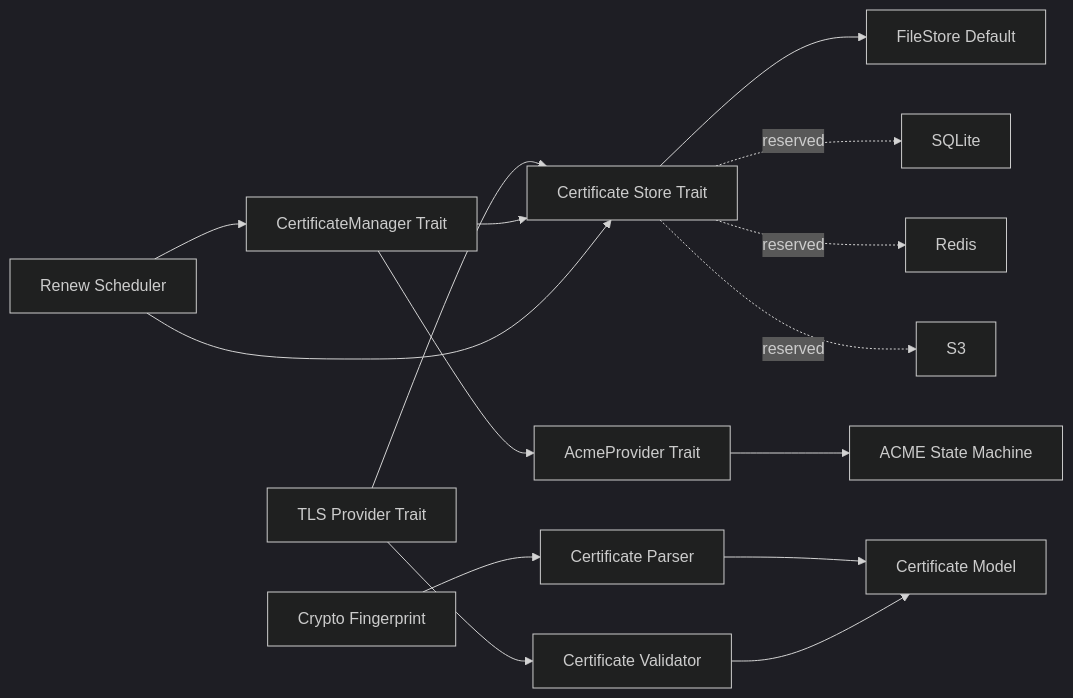
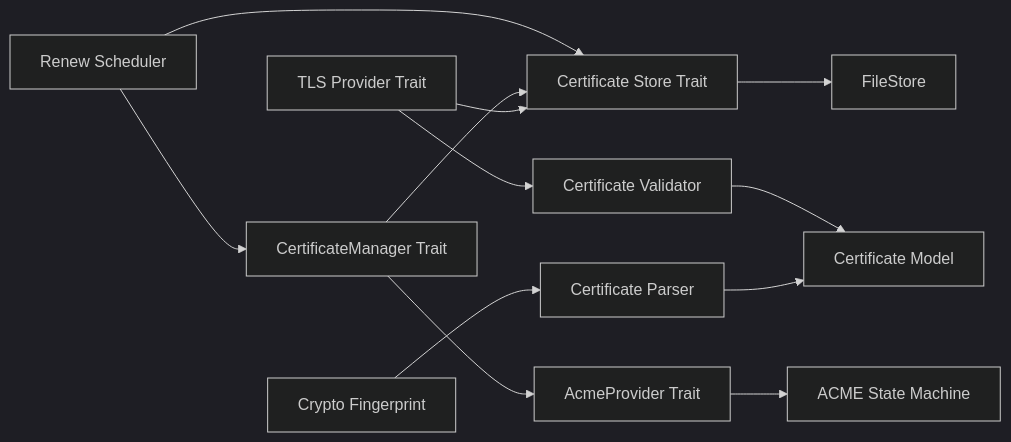
Before and after one commit to Somirk134/Gate: the fourth of 4 diagrams in server/tls/docs/tls_infrastructure.md, drawn with Mermaid (dark theme). The commit also changed other lines of this file and 427 other files, not shown here.

````diff
--- a/server/tls/docs/tls_infrastructure.md
+++ b/server/tls/docs/tls_infrastructure.md
@@ -59,17 +59,14 @@
 ```mermaid
 flowchart LR
     Tls[TLS Provider Trait] --> Store[Certificate Store Trait]
     Tls --> Validator[Certificate Validator]
     Manager[CertificateManager Trait] --> Acme[AcmeProvider Trait]
     Manager --> Store
     Acme --> State[ACME State Machine]
-    Store --> File[FileStore Default]
-    Store -. reserved .-> SQLite[SQLite]
-    Store -. reserved .-> Redis[Redis]
-    Store -. reserved .-> S3[S3]
+    Store --> File[FileStore]
     Renew[Renew Scheduler] --> Store
     Renew --> Manager
     Crypto[Crypto Fingerprint] --> Parser[Certificate Parser]
     Parser --> Model[Certificate Model]
     Validator --> Model
 ```
````
